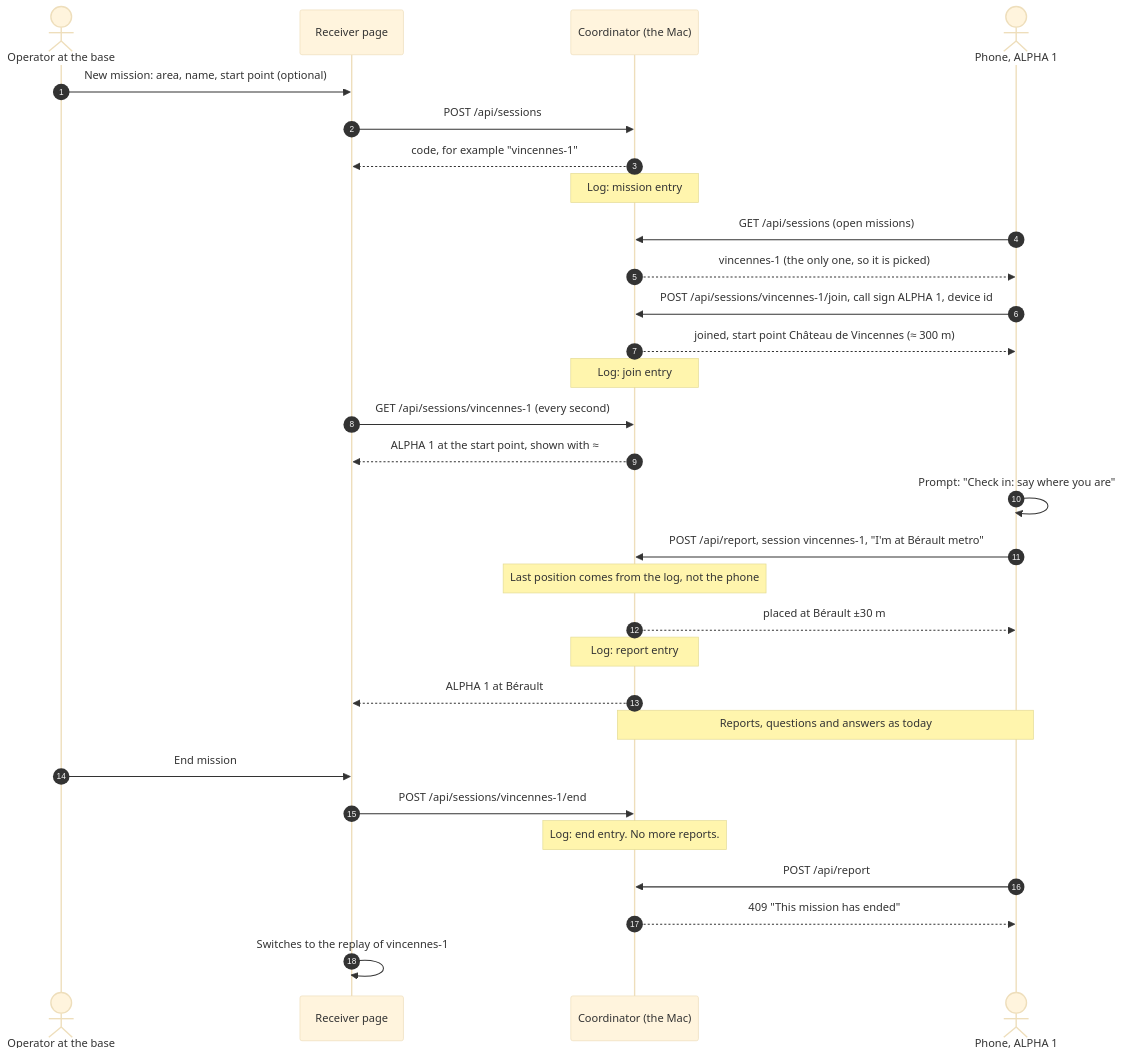
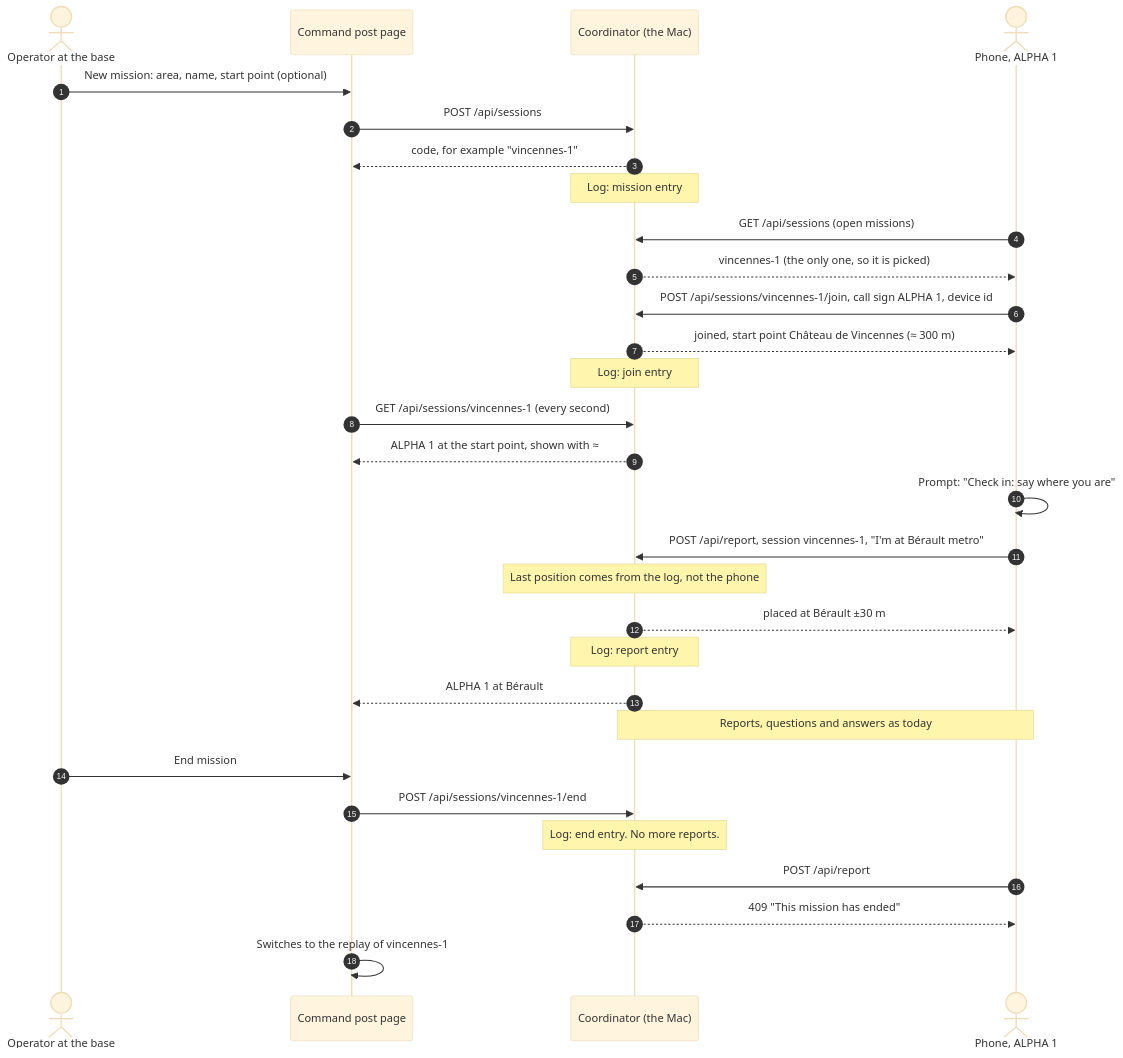
The first of 5 diagrams in docs/plan.md (adam2765/edth-hackathon), drawn with Mermaid (base theme) before and after one commit. The commit also changed other lines of this file and 45 other files, not shown here.

First line of the commit message:
Command post: place and edit tracks by hand, answer for a unit

````diff
--- a/docs/plan.md
+++ b/docs/plan.md
@@ -57,37 +57,37 @@
 ```mermaid
 sequenceDiagram
     autonumber
     actor Op as Operator at the base
-    participant R as Receiver page
+    participant R as Command post page
     participant C as Coordinator (the Mac)
     actor A as Phone, ALPHA 1
 
     Op->>R: New mission: area, name, start point (optional)
     R->>C: POST /api/sessions
     C-->>R: code, for example "vincennes-1"
     Note over C: Log: mission entry
 
     A->>C: GET /api/sessions (open missions)
     C-->>A: vincennes-1 (the only one, so it is picked)
     A->>C: POST /api/sessions/vincennes-1/join, call sign ALPHA 1, device id
     C-->>A: joined, start point Château de Vincennes (≈ 300 m)
     Note over C: Log: join entry
     R->>C: GET /api/sessions/vincennes-1 (every second)
     C-->>R: ALPHA 1 at the start point, shown with ≈
 
     A->>A: Prompt: "Check in: say where you are"
     A->>C: POST /api/report, session vincennes-1, "I'm at Bérault metro"
     Note over C: Last position comes from the log, not the phone
     C-->>A: placed at Bérault ±30 m
     Note over C: Log: report entry
     C-->>R: ALPHA 1 at Bérault
 
     Note over A,C: Reports, questions and answers as today
 
     Op->>R: End mission
     R->>C: POST /api/sessions/vincennes-1/end
     Note over C: Log: end entry. No more reports.
     A->>C: POST /api/report
     C-->>A: 409 "This mission has ended"
     R->>R: Switches to the replay of vincennes-1
 ```
````
